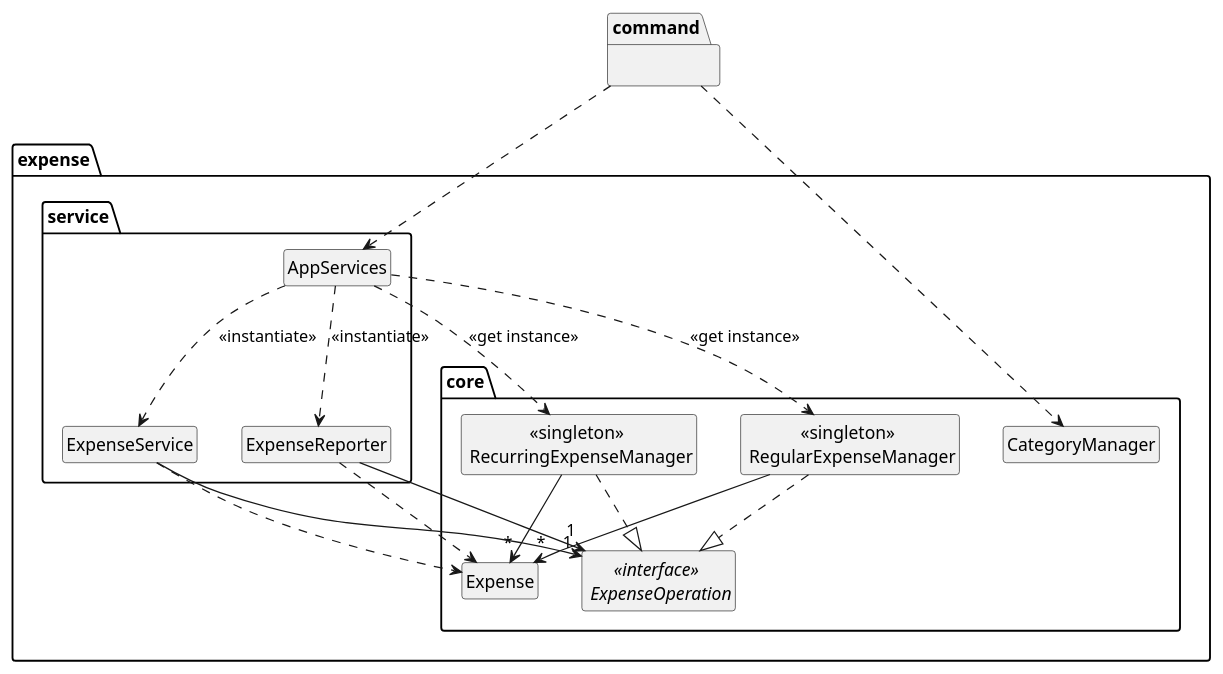
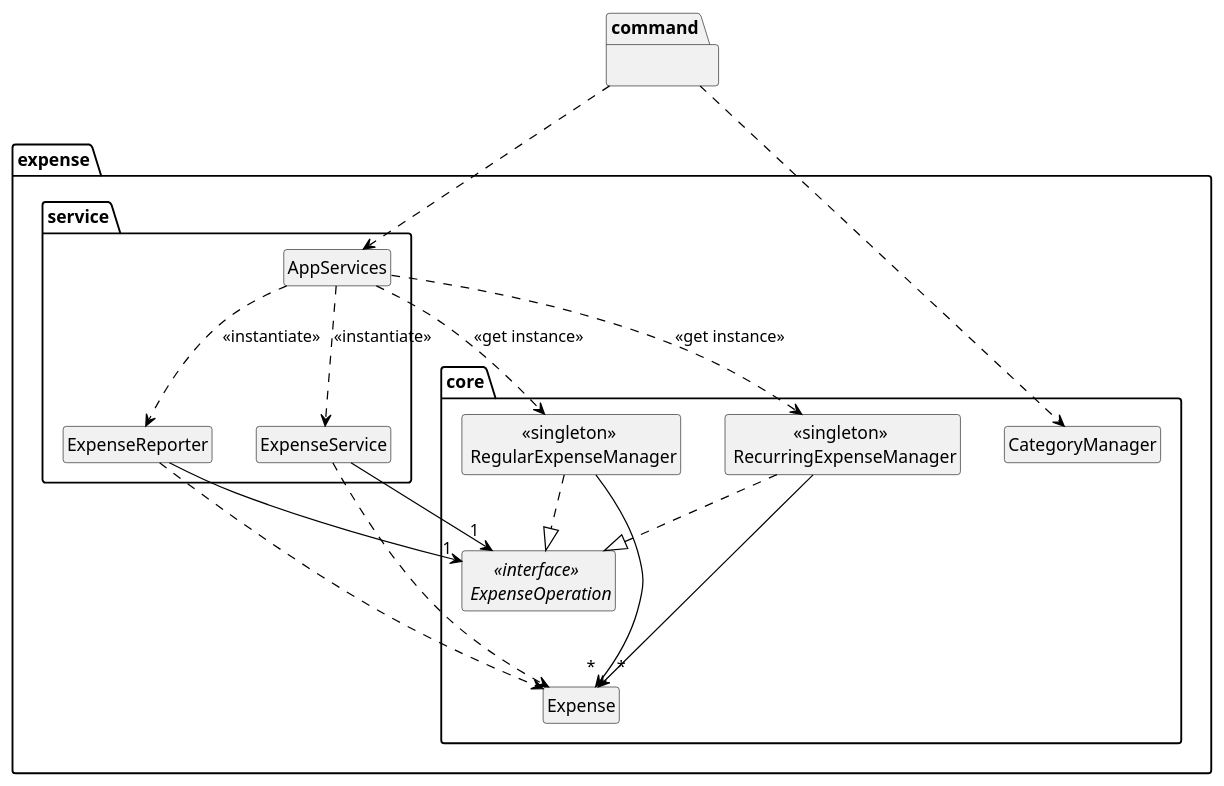
Before and after one commit to randust/tp: the diagram in docs/diagrams/class/Expense.puml, drawn with PlantUML. The commit also changed 4 other files, not shown here.

```diff
--- a/docs/diagrams/class/Expense.puml
+++ b/docs/diagrams/class/Expense.puml
@@ -1,59 +1,61 @@
 @startuml
 
 ' --- Style Settings (similar to the example image) ---
 
+skinparam classArrowColor Black
+skinparam defaultTextAlignment center
 
 ' Hide members (attributes/methods) for a higher-level view
 hide members
 hide circle
 skinparam classAttributeIconSize 0
 
 
 
 
 ' --- Diagram Definition ---
 
 package "expense.core" {
   class Expense
   interface "<<interface>> \n ExpenseOperation"
   class "<<singleton>> \n RecurringExpenseManager"
   class "<<singleton>> \n RegularExpenseManager"
   class CategoryManager
 }
 
 package "expense.service" {
   class ExpenseService
   class ExpenseReporter
   class AppServices
 }
 package "command"{
 }
 ' --- Relationships ---
 "command" ..> AppServices
 "command" ..> CategoryManager
 ' Core Implementation
 "<<singleton>> \n RecurringExpenseManager" ..|> "<<interface>> \n ExpenseOperation"
 "<<singleton>> \n RegularExpenseManager" ..|> "<<interface>> \n ExpenseOperation"
 
-"<<singleton>> \n RegularExpenseManager" --> "*"Expense
-"<<singleton>> \n RecurringExpenseManager" -->"*" Expense
+"<<singleton>> \n RegularExpenseManager" ---> "     *"Expense
+"<<singleton>> \n RecurringExpenseManager" --->"  *" Expense
 
 ' Service Dependencies/Usage
 ExpenseService --> "1""<<interface>> \n ExpenseOperation"
 ExpenseReporter --> "1""<<interface>> \n ExpenseOperation"
 
 ExpenseService ..> Expense
 ExpenseReporter ..> Expense
 
 ' AppServices Instantiation/Usage
 ' Note: AppServices uses singletons, so it doesn't directly "create" new managers,
 ' but rather gets the existing instance. "<<use>>" or "<<get>>" might be appropriate.
-AppServices ..> "<<singleton>> \n RegularExpenseManager" : "<<get instance>>"
-AppServices ..> "<<singleton>> \n RecurringExpenseManager" : "<<get instance>>"
+AppServices ..> "<<singleton>> \n RegularExpenseManager" : <<get instance>>
+AppServices ..> "<<singleton>> \n RecurringExpenseManager" : <<get instance>>
 
 ' AppServices creates/initializes service and reporter instances
-AppServices ..> ExpenseService : "<<instantiate>>"
-AppServices ..> ExpenseReporter : "<<instantiate>>"
+AppServices ..> ExpenseService : <<instantiate>>
+AppServices ..> ExpenseReporter : <<instantiate>>
 
 
 @enduml
```
